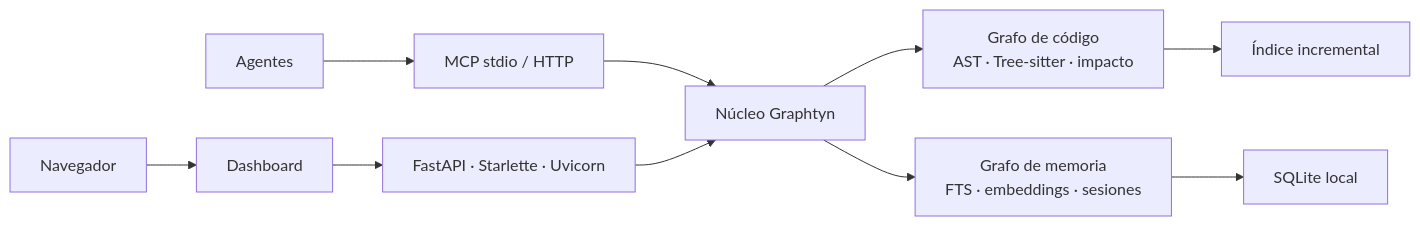
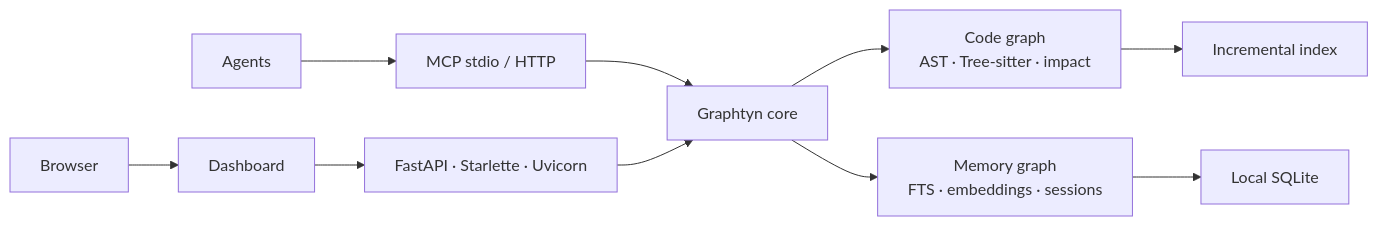
One commit to CaleroAM/graphtyn changed the diagram in README.md. Above: the diagram before and after it, drawn with Mermaid. The commit also changed other lines of this file and 10 other files, not shown here.

````diff
--- a/README.md
+++ b/README.md
@@ -44,11 +73,11 @@
 ```mermaid
 flowchart LR
-  AGENT[Agentes] --> MCP[MCP stdio / HTTP]
-  USER[Navegador] --> WEB[Dashboard] --> API[FastAPI · Starlette · Uvicorn]
-  MCP --> CORE[Núcleo Graphtyn]
+  AGENT[Agents] --> MCP[MCP stdio / HTTP]
+  USER[Browser] --> WEB[Dashboard] --> API[FastAPI · Starlette · Uvicorn]
+  MCP --> CORE[Graphtyn core]
   API --> CORE
-  CORE --> CODE[Grafo de código<br/>AST · Tree-sitter · impacto]
-  CORE --> MEMORY[Grafo de memoria<br/>FTS · embeddings · sesiones]
-  CODE --> CACHE[Índice incremental]
-  MEMORY --> DB[SQLite local]
+  CORE --> CODE[Code graph<br/>AST · Tree-sitter · impact]
+  CORE --> MEMORY[Memory graph<br/>FTS · embeddings · sessions]
+  CODE --> CACHE[Incremental index]
+  MEMORY --> DB[Local SQLite]
 ```
````
